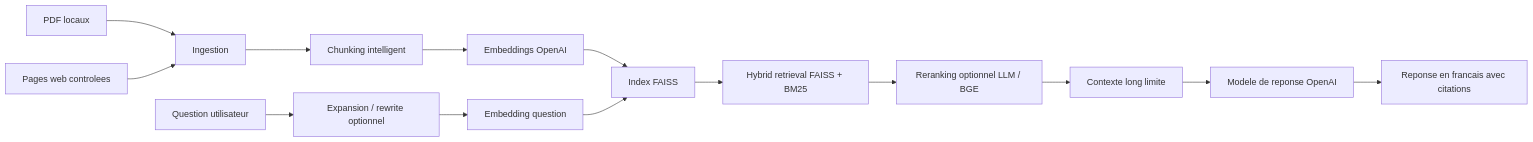
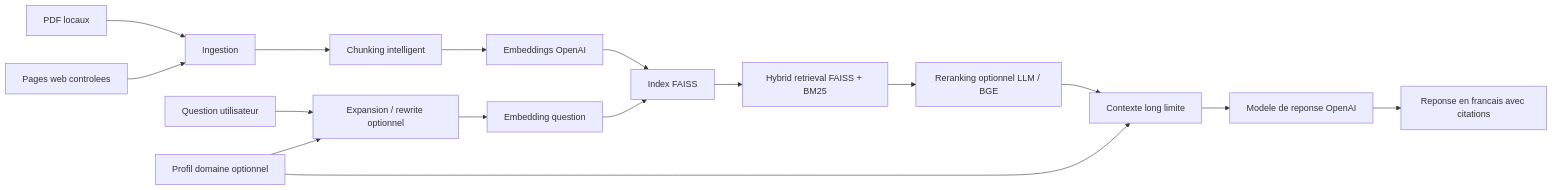
The first of 4 diagrams in docs/architecture.md (Benjiattal/rag-32-pdfs-streamlit), drawn with Mermaid before and after one commit. The commit also changed other lines of this file and 6 other files, not shown here.

````diff
--- a/docs/architecture.md
+++ b/docs/architecture.md
@@ -8,16 +12,18 @@
 ```mermaid
 flowchart LR
     PDF[PDF locaux] --> ING[Ingestion]
     WEB[Pages web controlees] --> ING
     ING --> CHUNK[Chunking intelligent]
     CHUNK --> EMB[Embeddings OpenAI]
     EMB --> FAISS[Index FAISS]
     Q[Question utilisateur] --> EXP[Expansion / rewrite optionnel]
+    PROFILE[Profil domaine optionnel] --> EXP
+    PROFILE --> CTX
     EXP --> QEMB[Embedding question]
     QEMB --> FAISS
     FAISS --> HYB[Hybrid retrieval FAISS + BM25]
     HYB --> RERANK[Reranking optionnel LLM / BGE]
     RERANK --> CTX[Contexte long limite]
     CTX --> LLM[Modele de reponse OpenAI]
     LLM --> ANSWER[Reponse en francais avec citations]
 ```
````
